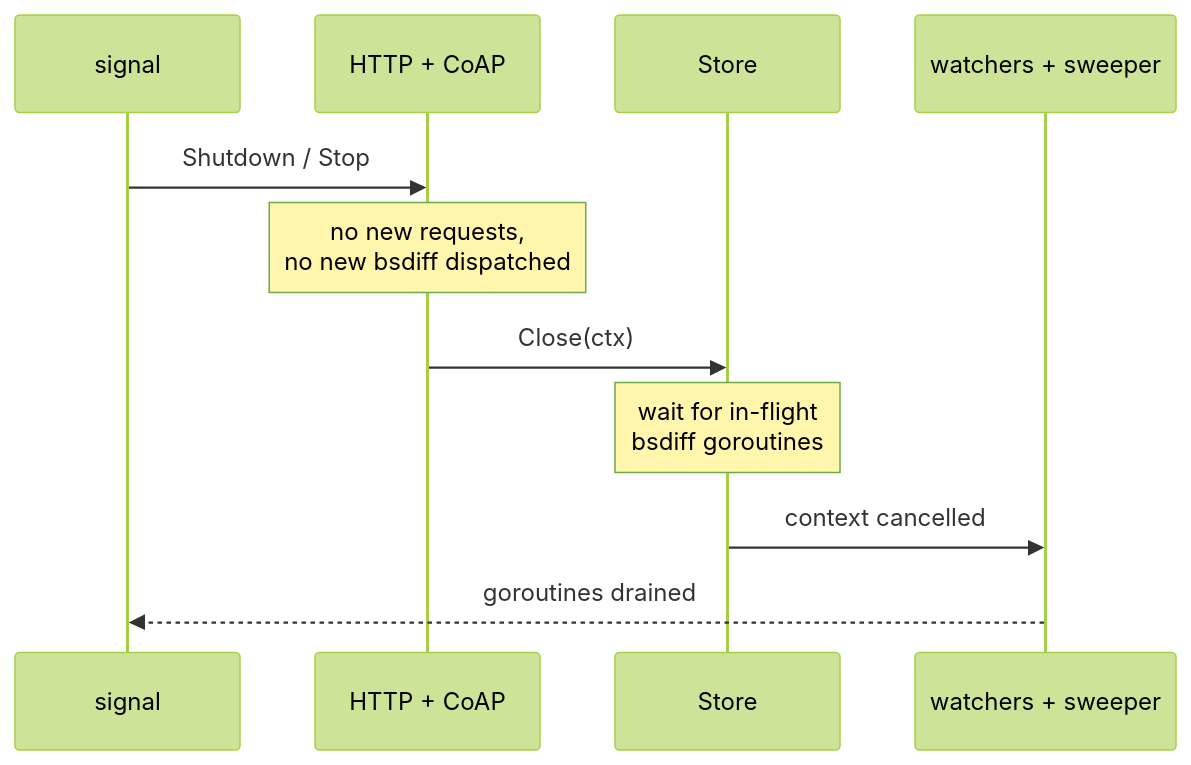
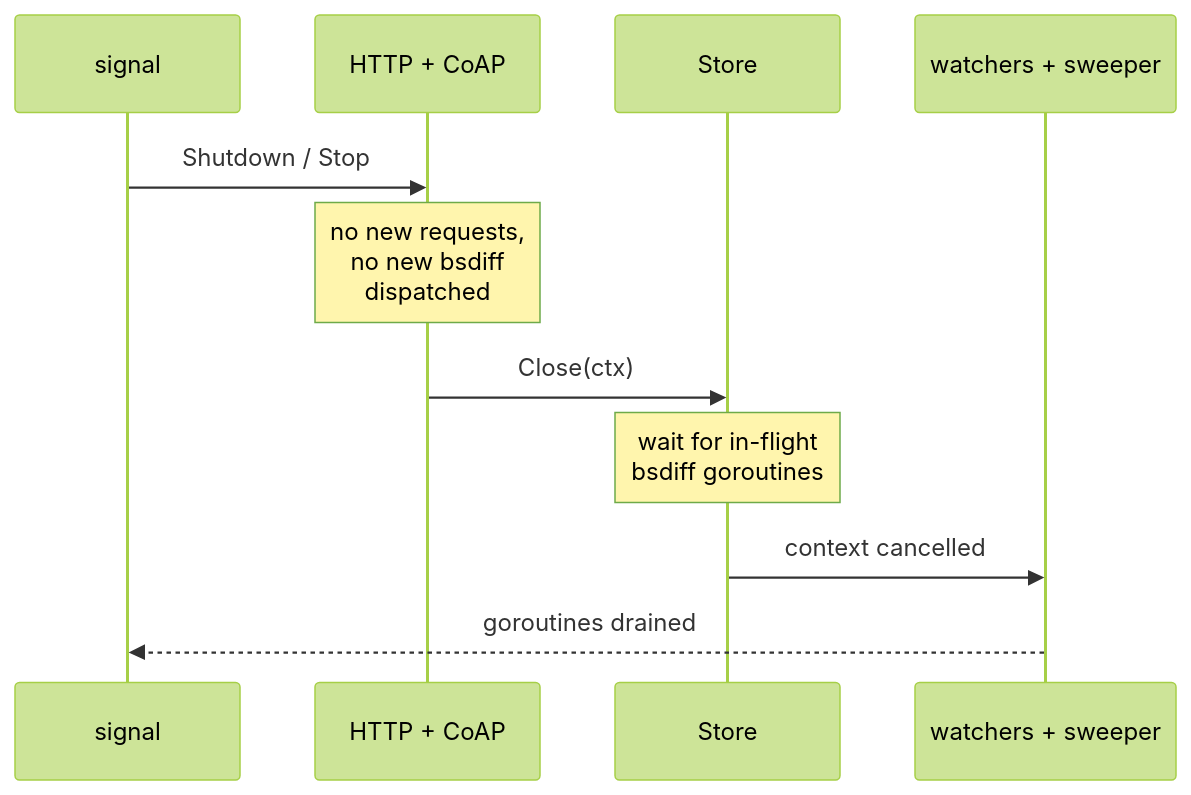
One commit to carlosprados/ota-updater changed the second of 2 diagrams in site/content/operations/_index.md. Above: the diagram before and after it, drawn with Mermaid (forest theme). The commit also changed other lines of this file and 17 other files, not shown here.

````diff
--- a/site/content/operations/_index.md
+++ b/site/content/operations/_index.md
@@ -60,14 +57,14 @@
 ```mermaid
 sequenceDiagram
     participant SIG as signal
     participant HTTP as HTTP + CoAP
     participant STORE as Store
     participant W as watchers + sweeper
 
     SIG->>HTTP: Shutdown / Stop
-    Note over HTTP: no new requests,<br/>no new bsdiff dispatched
+    Note over HTTP: no new requests,<br/>no new bsdiff<br/>dispatched
     HTTP->>STORE: Close(ctx)
     Note over STORE: wait for in-flight<br/>bsdiff goroutines
     STORE->>W: context cancelled
     W-->>SIG: goroutines drained
 ```
````
